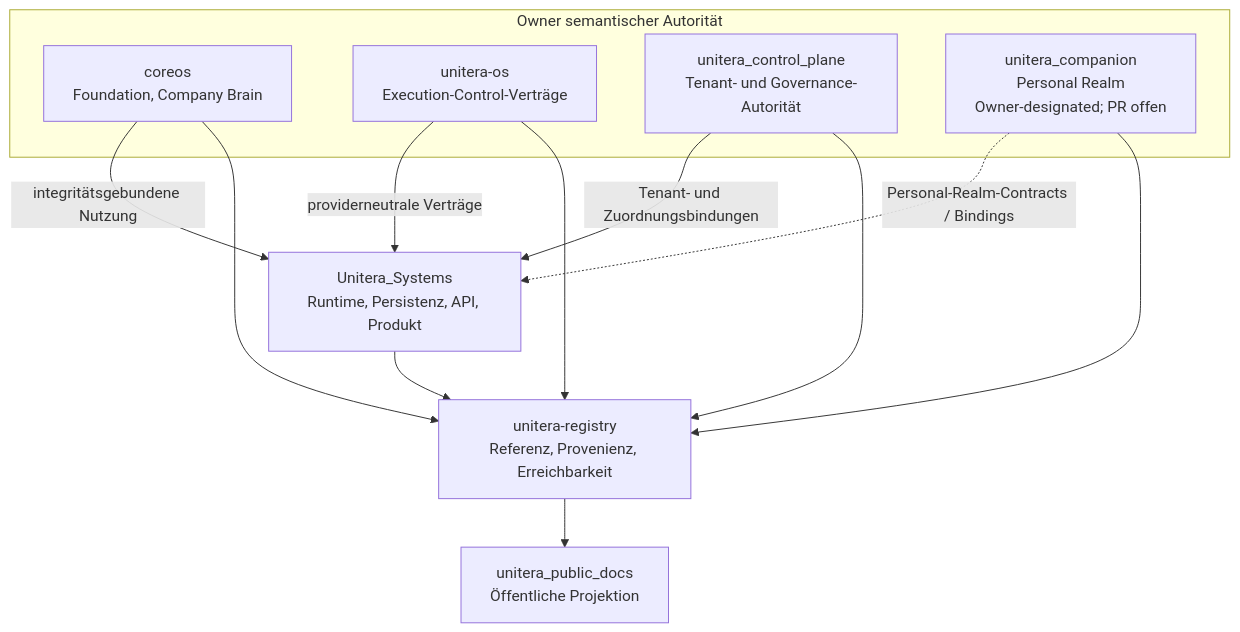
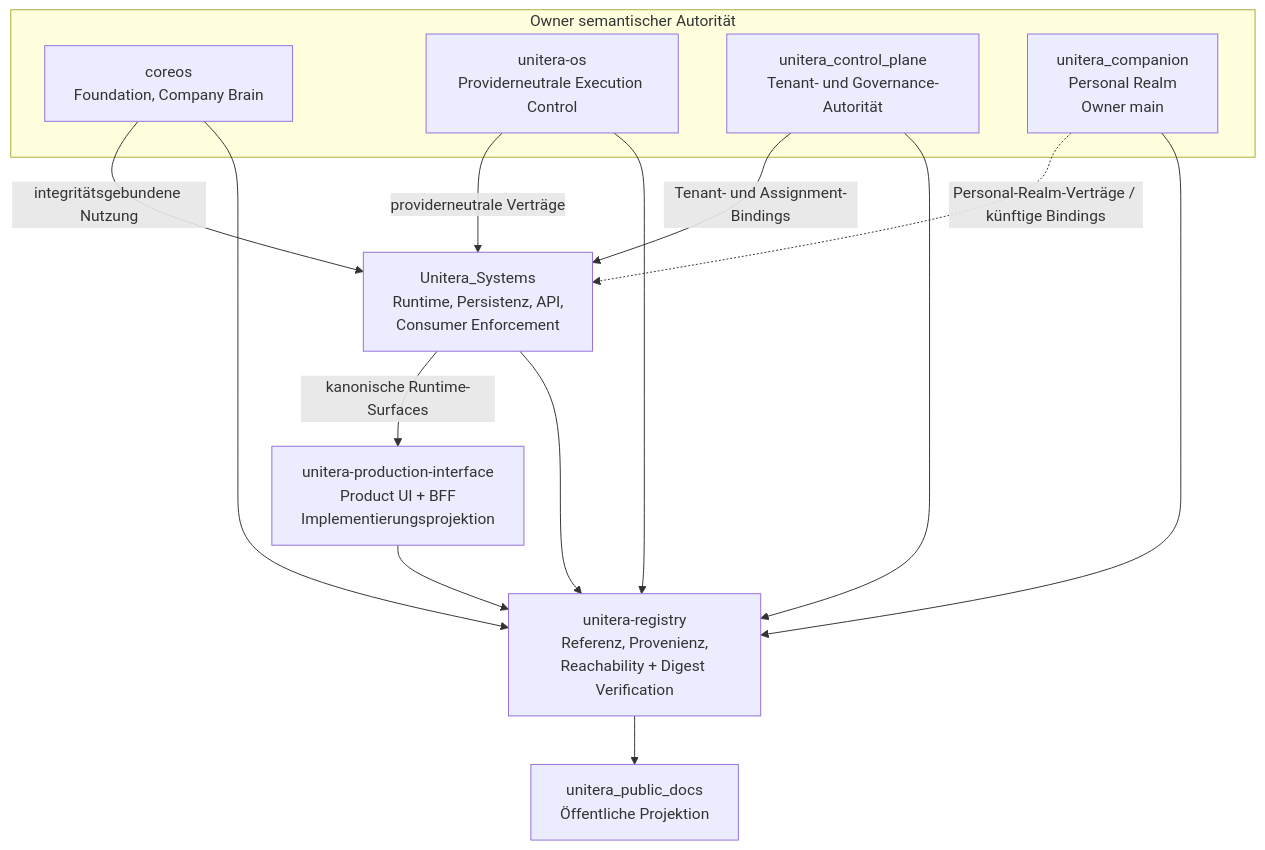
The first of 2 diagrams in docs/de/architecture/repository-topology.md (baum777/unitera_public_docs), drawn with Mermaid before and after one commit. The commit also changed other lines of this file, not shown here.

Commit message:
docs: update German authority topology for current implementation surfaces

````diff
--- a/docs/de/architecture/repository-topology.md
+++ b/docs/de/architecture/repository-topology.md
@@ -9,24 +9,28 @@
 ```mermaid
 flowchart TB
     subgraph OWNERS[Owner semantischer Autorität]
       C[coreos<br/>Foundation, Company Brain]
-      O[unitera-os<br/>Execution-Control-Verträge]
+      O[unitera-os<br/>Providerneutrale Execution Control]
       T[unitera_control_plane<br/>Tenant- und Governance-Autorität]
-      P[unitera_companion<br/>Personal Realm<br/>Owner-designated; PR offen]
+      P[unitera_companion<br/>Personal Realm<br/>Owner main]
     end
 
-    S[Unitera_Systems<br/>Runtime, Persistenz, API, Produkt]
-    R[unitera-registry<br/>Referenz, Provenienz, Erreichbarkeit]
+    S[Unitera_Systems<br/>Runtime, Persistenz, API,<br/>Consumer Enforcement]
+    I[unitera-production-interface<br/>Product UI + BFF<br/>Implementierungsprojektion]
+    R[unitera-registry<br/>Referenz, Provenienz,<br/>Reachability + Digest Verification]
     D[unitera_public_docs<br/>Öffentliche Projektion]
 
     C -->|integritätsgebundene Nutzung| S
     O -->|providerneutrale Verträge| S
-    T -->|Tenant- und Zuordnungsbindungen| S
-    P -.->|Personal-Realm-Contracts / Bindings| S
+    T -->|Tenant- und Assignment-Bindings| S
+    P -.->|Personal-Realm-Verträge / künftige Bindings| S
+    S -->|kanonische Runtime-Surfaces| I
+
     C --> R
     O --> R
     T --> R
     P --> R
     S --> R
+    I --> R
     R --> D
 ```
````
